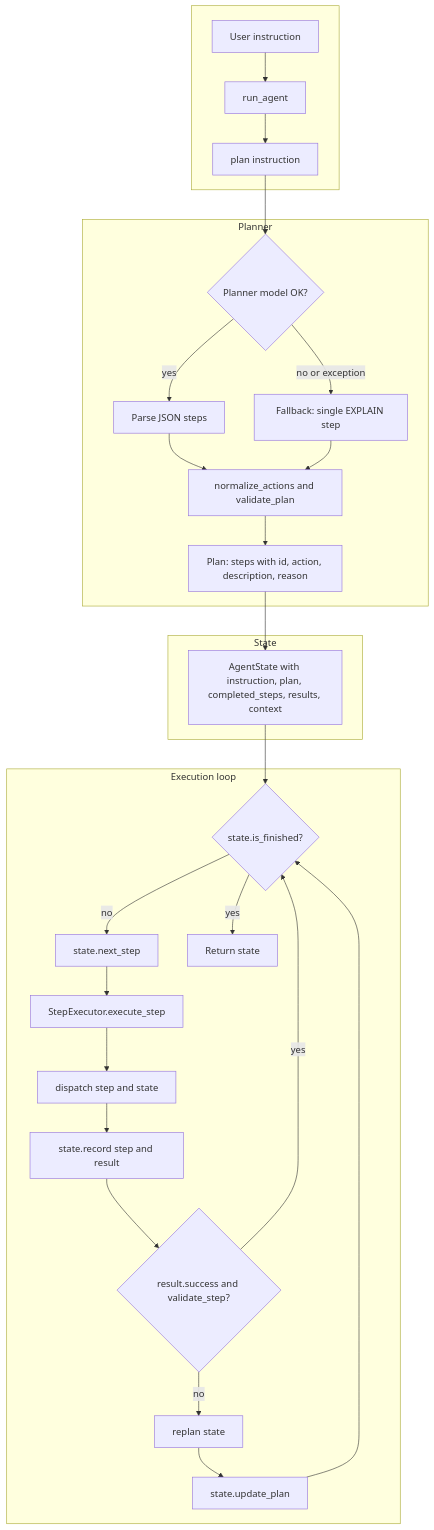
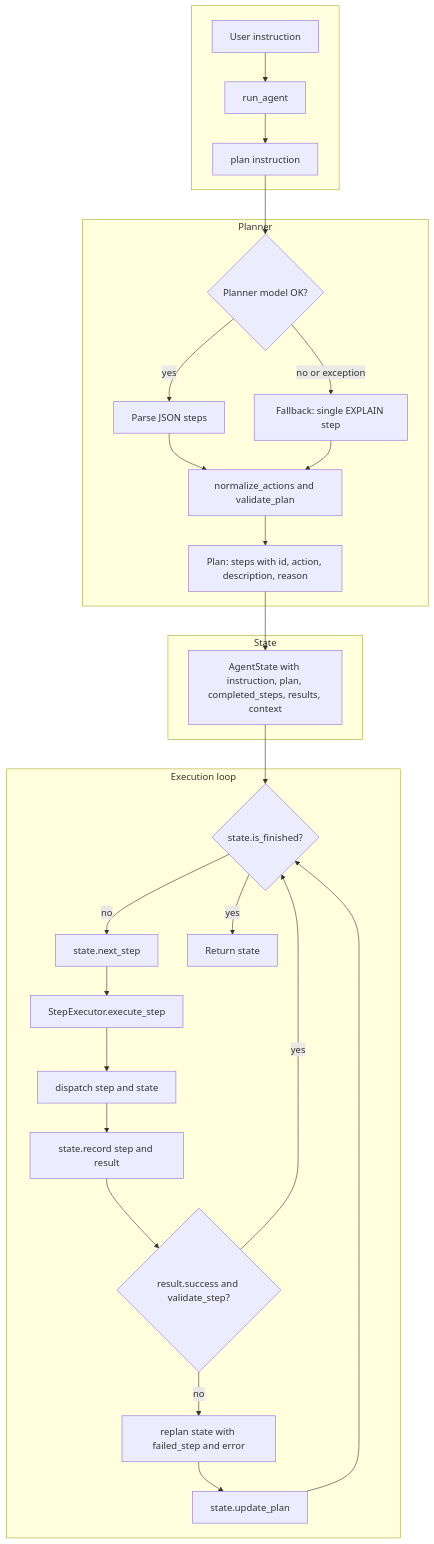
The first of 9 diagrams in Docs/AGENT_LOOP_WORKFLOW.md (Pugsy-Explores/AutoStudio), drawn with Mermaid before and after one commit. The commit also changed other lines of this file and 68 other files, not shown here.

````diff
--- a/Docs/AGENT_LOOP_WORKFLOW.md
+++ b/Docs/AGENT_LOOP_WORKFLOW.md
@@ -9,34 +9,34 @@
 ```mermaid
 flowchart TB
     subgraph ENTRY[" "]
         A["User instruction"] --> B["run_agent"]
         B --> C["plan instruction"]
     end
 
     subgraph PLAN["Planner"]
         C --> D{"Planner model OK?"}
         D -->|yes| E["Parse JSON steps"]
         D -->|no or exception| F["Fallback: single EXPLAIN step"]
         E --> G["normalize_actions and validate_plan"]
         F --> G
         G --> H["Plan: steps with id, action, description, reason"]
     end
 
     subgraph STATE["State"]
         H --> I["AgentState with instruction, plan, completed_steps, results, context"]
     end
 
     subgraph LOOP["Execution loop"]
         I --> J{"state.is_finished?"}
         J -->|no| K["state.next_step"]
         K --> L["StepExecutor.execute_step"]
         L --> M["dispatch step and state"]
         M --> N["state.record step and result"]
         N --> O{"result.success and validate_step?"}
-        O -->|no| P["replan state"]
+        O -->|no| P["replan state with failed_step and error"]
         P --> Q["state.update_plan"]
         Q --> J
         O -->|yes| J
         J -->|yes| R["Return state"]
     end
 ```
````
